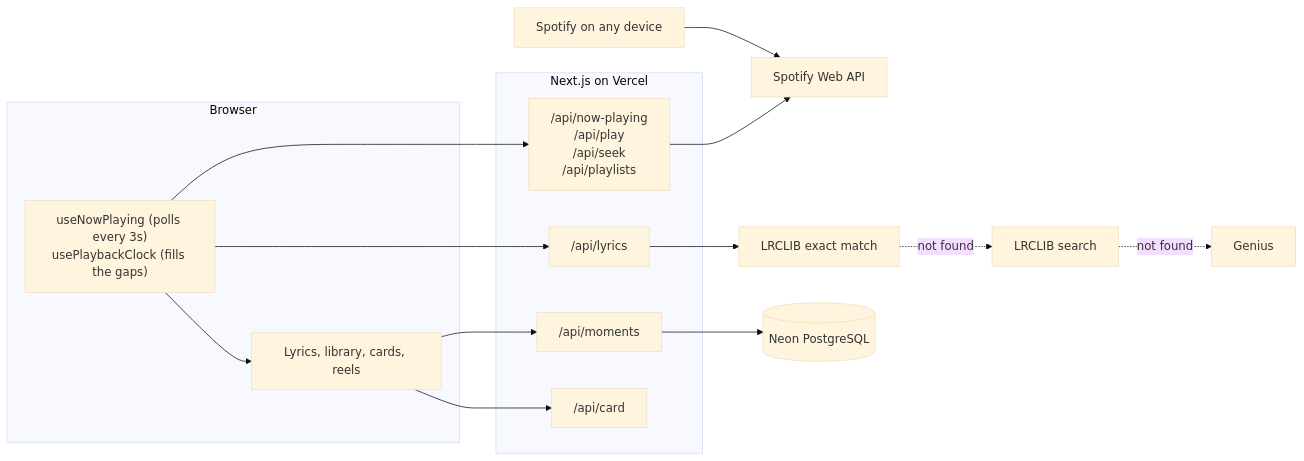
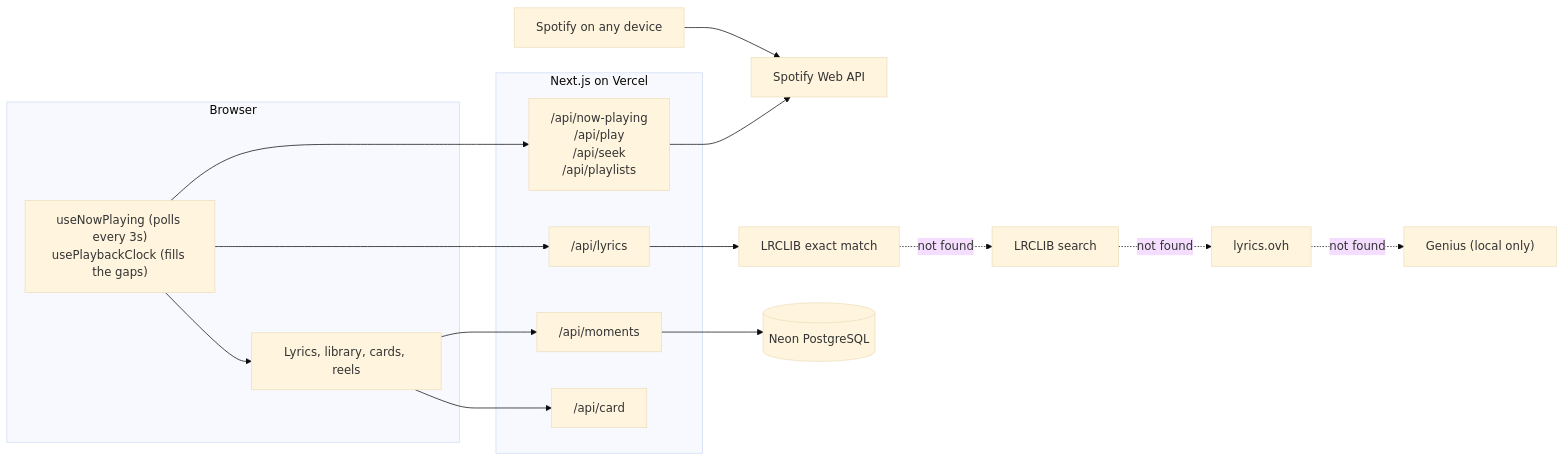
One commit to ElianEchavarria/lyric changed the diagram in README.md. Above: the diagram before and after it, drawn with Mermaid (base theme). The commit also changed other lines of this file and 5 other files, not shown here.

Commit message:
Add lyrics.ovh fallback; don't cache results when a source errored

````diff
--- a/README.md
+++ b/README.md
@@ -113,28 +113,29 @@
 ```mermaid
 flowchart LR
     Device["Spotify on any device"] --> Spotify["Spotify Web API"]
 
     subgraph Browser["Browser"]
         Hooks["useNowPlaying (polls every 3s)<br/>usePlaybackClock (fills the gaps)"]
         UI["Lyrics, library, cards, reels"]
         Hooks --> UI
     end
 
     subgraph Server["Next.js on Vercel"]
         NP["/api/now-playing<br/>/api/play<br/>/api/seek<br/>/api/playlists"]
         LY["/api/lyrics"]
         MO["/api/moments"]
         CA["/api/card"]
     end
 
     Hooks --> NP
     Hooks --> LY
     UI --> MO
     UI --> CA
 
     NP --> Spotify
     LY --> L1["LRCLIB exact match"]
     L1 -. "not found" .-> L2["LRCLIB search"]
-    L2 -. "not found" .-> L3["Genius"]
+    L2 -. "not found" .-> L3["lyrics.ovh"]
+    L3 -. "not found" .-> L4["Genius (local only)"]
     MO --> DB[("Neon PostgreSQL")]
 ```
````
